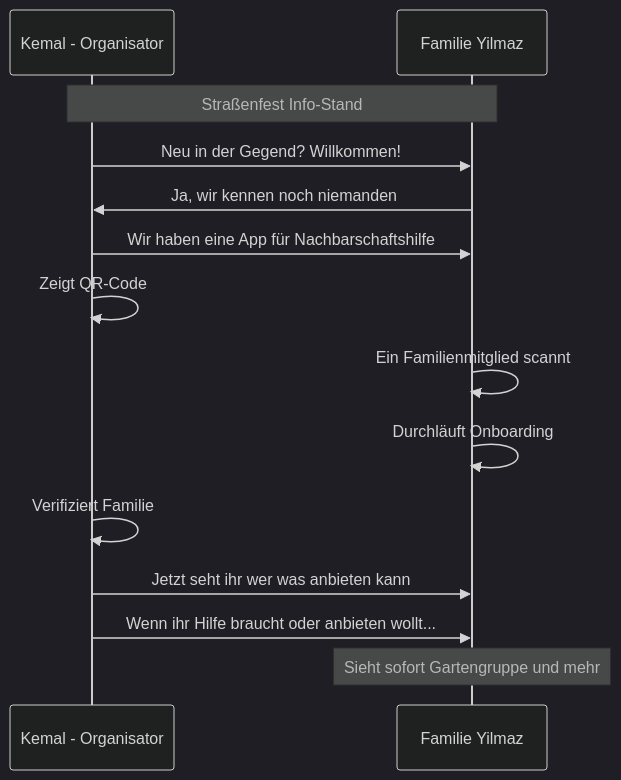
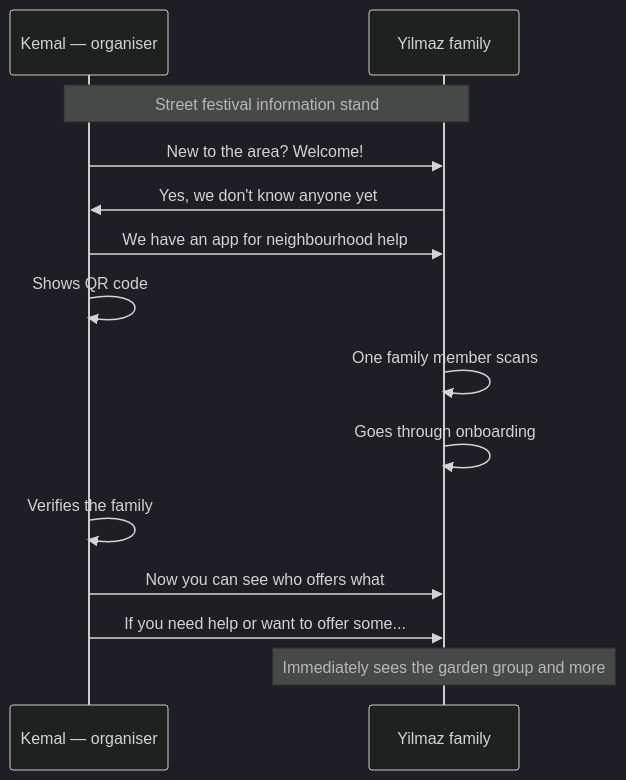
One commit to IT4Change/web-of-trust changed the fifth of 6 diagrams in docs/flows/01-onboarding-user.md. Above: the diagram before and after it, drawn with Mermaid (dark theme). The commit also changed other lines of this file and 6 other files, not shown here.

````diff
--- a/docs/flows/01-onboarding-user.md
+++ b/docs/flows/01-onboarding-user.md
@@ -378,22 +378,22 @@
 ```mermaid
 sequenceDiagram
-    participant K as Kemal - Organisator
-    participant F as Familie Yilmaz
+    participant K as Kemal — organiser
+    participant F as Yilmaz family
 
-    Note over K,F: Straßenfest Info-Stand
+    Note over K,F: Street festival information stand
 
-    K->>F: Neu in der Gegend? Willkommen!
-    F->>K: Ja, wir kennen noch niemanden
-    K->>F: Wir haben eine App für Nachbarschaftshilfe
-    
-    K->>K: Zeigt QR-Code
-    F->>F: Ein Familienmitglied scannt
-    F->>F: Durchläuft Onboarding
-    
-    K->>K: Verifiziert Familie
-    
-    K->>F: Jetzt seht ihr wer was anbieten kann
-    K->>F: Wenn ihr Hilfe braucht oder anbieten wollt...
-    
-    Note over F: Sieht sofort Gartengruppe und mehr
+    K->>F: New to the area? Welcome!
+    F->>K: Yes, we don't know anyone yet
+    K->>F: We have an app for neighbourhood help
+
+    K->>K: Shows QR code
+    F->>F: One family member scans
+    F->>F: Goes through onboarding
+
+    K->>K: Verifies the family
+
+    K->>F: Now you can see who offers what
+    K->>F: If you need help or want to offer some...
+
+    Note over F: Immediately sees the garden group and more
 ```
````
